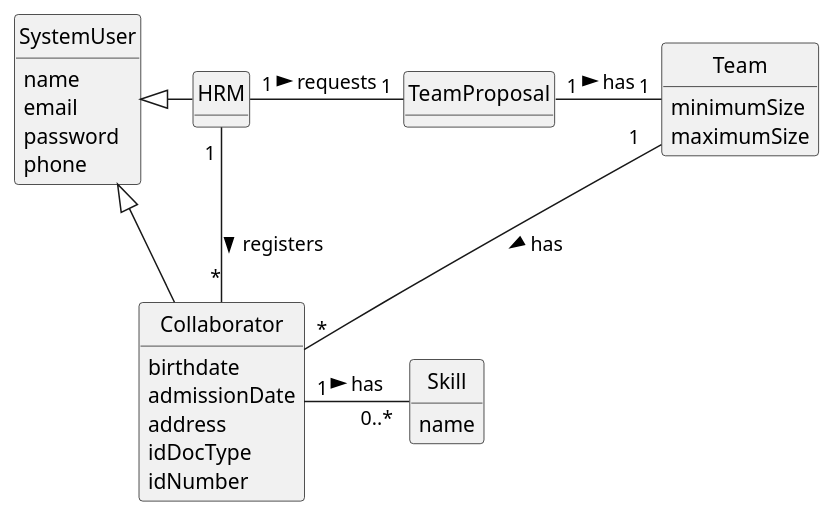
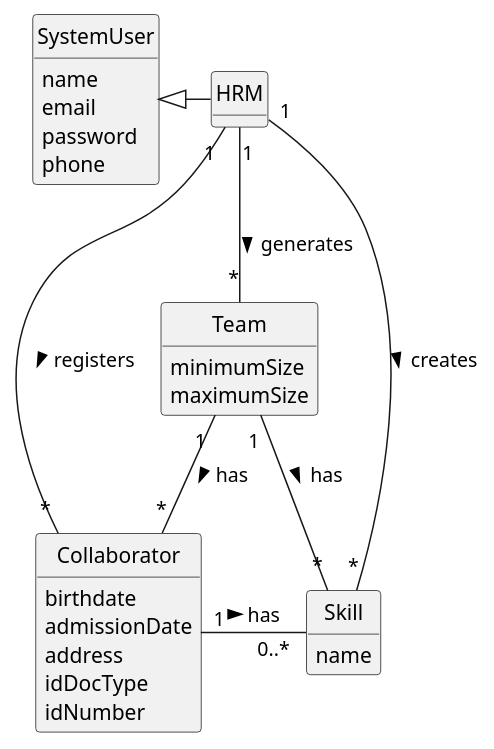
One commit to Departamento-de-Engenharia-Informatica/lei-24-s2-1do-g164 changed the diagram in docs/sprintB/us005/02.analysis/puml/us005-domain-model.puml. Above: the diagram before and after it, drawn with PlantUML. The commit also changed 3 other files, not shown here.

Commit message:
US05/GLOBAL(docs): glossary by alphabetic order and domain model corrections related to the team generation. (implementation): small updates to the CollaboratorRepository

```diff
--- a/docs/sprintB/us005/02.analysis/puml/us005-domain-model.puml
+++ b/docs/sprintB/us005/02.analysis/puml/us005-domain-model.puml
@@ -1,53 +1,52 @@
 @startuml
 skinparam monochrome true
 skinparam packageStyle rectangle
 skinparam shadowing false
 
 
 skinparam classAttributeIconSize 0
 
 hide circle
 hide methods
 
 class HRM {
 
 }
 
 class SystemUser {
     name
     email
     password
     phone
 
 }
 
 class Collaborator {
     birthdate
     admissionDate
     address
     idDocType
     idNumber
 }
 
-class TeamProposal {
-}
+
 
 class Team {
 minimumSize
 maximumSize
 
 }
 
 class Skill {
     name
 }
 
 HRM "1 " - "*" Collaborator : registers >
-HRM "1" - "1" TeamProposal : requests >
-TeamProposal "1 " - "1" Team: has >
-Team "1  " -- "*" Collaborator: has >
+HRM "1 " -- "*" Team : generates >
+Team "1 " -- "*" Collaborator: has >
+Team "1 " -- "*" Skill : has >
+HRM "1 " -- "*" Skill : creates >
 Collaborator "1 " - "0..* " Skill : has >
 SystemUser <|- HRM
-SystemUser <|-- Collaborator
 
 @enduml
```
